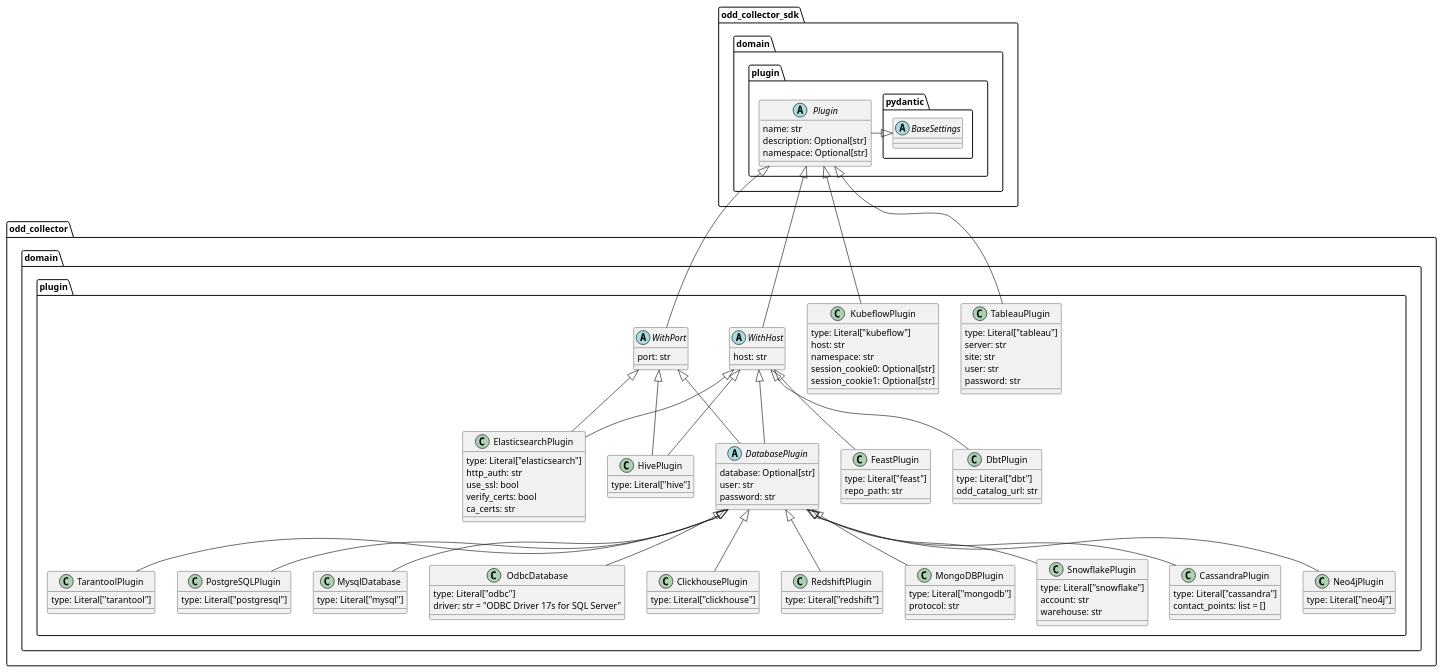
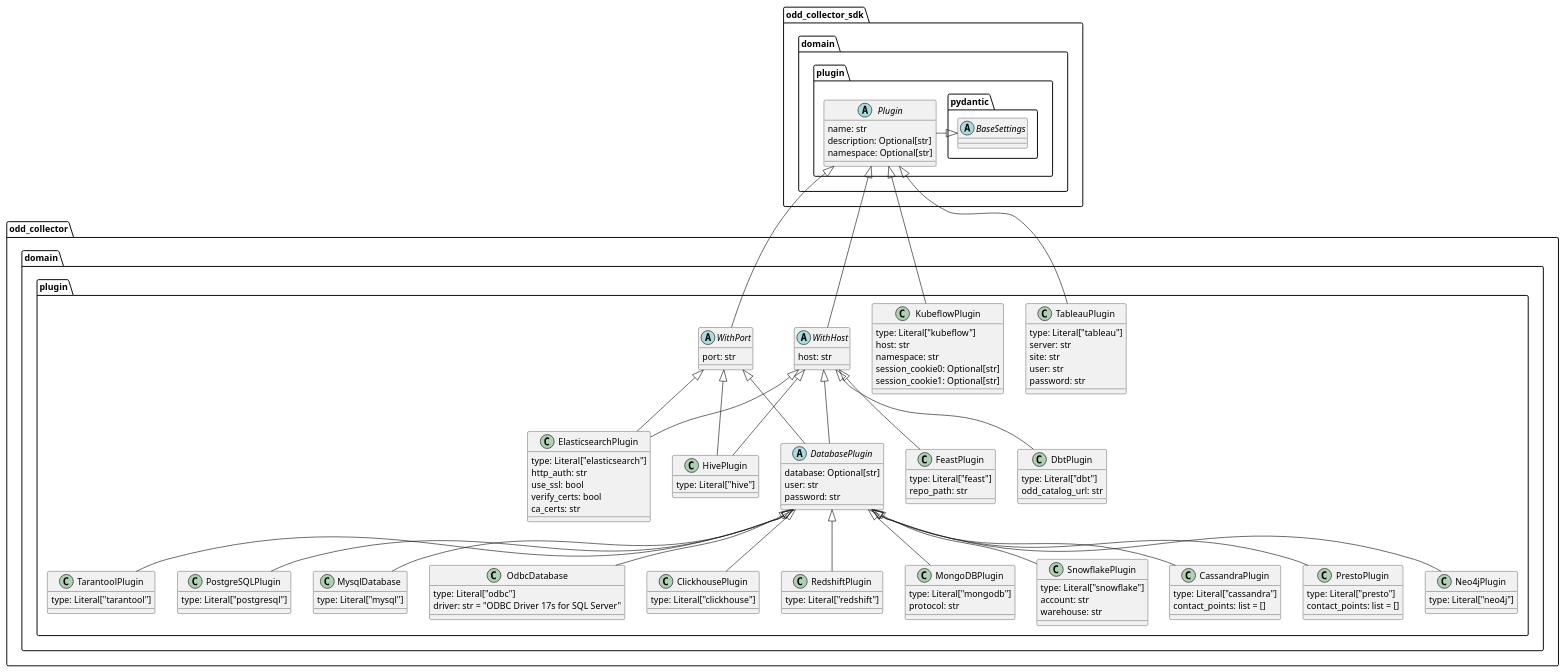
Before and after one commit to opendatadiscovery/odd-collector: the diagram in domain_classes.plantuml, drawn with PlantUML. The commit also changed 2 other files, not shown here.

```diff
--- a/domain_classes.plantuml
+++ b/domain_classes.plantuml
@@ -1,139 +1,145 @@
 @startuml
 
 namespace odd_collector_sdk.domain.plugin {
 abstract class pydantic.BaseSettings
 pydantic.BaseSettings <|- Plugin
 abstract class Plugin {
 name: str
 description: Optional[str]
 namespace: Optional[str]
 }
 }
 
 namespace odd_collector.domain.plugin {
 
 class TableauPlugin{
 type: Literal["tableau"]
 server: str
 site: str
 user: str
 password: str
 }
 odd_collector_sdk.domain.plugin.Plugin <|-- TableauPlugin
 
 class KubeflowPlugin {
 type: Literal["kubeflow"]
 host: str
 namespace: str
 session_cookie0: Optional[str]
 session_cookie1: Optional[str]
 }
 odd_collector_sdk.domain.plugin.Plugin <|-- KubeflowPlugin
 
 abstract class WithHost {
 host: str
 }
 odd_collector_sdk.domain.plugin.Plugin <|-- WithHost
 
 abstract class WithPort {
 port: str
 }
 odd_collector_sdk.domain.plugin.Plugin <|-- WithPort
 
 
 abstract class DatabasePlugin {
 database: Optional[str]
 user: str
 password: str
 }
 WithPort <|-- DatabasePlugin
 WithHost <|-- DatabasePlugin
 
 
 class PostgreSQLPlugin {
 type: Literal["postgresql"]
 }
 DatabasePlugin <|-- PostgreSQLPlugin
 
 class MysqlDatabase {
 type: Literal["mysql"]
 }
 DatabasePlugin <|-- MysqlDatabase
 
 class OdbcDatabase {
 type: Literal["odbc"]
 driver: str = "ODBC Driver 17s for SQL Server"
 }
 DatabasePlugin <|-- OdbcDatabase
 
 class ClickhousePlugin {
 type: Literal["clickhouse"]
 }
 DatabasePlugin <|-- ClickhousePlugin
 
 class RedshiftPlugin {
 type: Literal["redshift"]
 }
 DatabasePlugin <|-- RedshiftPlugin
 
 class MongoDBPlugin{
 type: Literal["mongodb"]
 protocol: str
 }
 DatabasePlugin <|-- MongoDBPlugin
 
 class SnowflakePlugin{
 type: Literal["snowflake"]
 account: str
 warehouse: str
 }
 DatabasePlugin <|-- SnowflakePlugin
 
 class CassandraPlugin{
 type: Literal["cassandra"]
 contact_points: list = []
 }
 DatabasePlugin <|-- CassandraPlugin
 
+class PrestoPlugin{
+type: Literal["presto"]
+contact_points: list = []
+}
+DatabasePlugin <|-- PrestoPlugin
+
 class TarantoolPlugin {
 type: Literal["tarantool"]
 }
 DatabasePlugin <|-- TarantoolPlugin
 
 class Neo4jPlugin{
 type: Literal["neo4j"]
 }
 DatabasePlugin <|-- Neo4jPlugin
 
 
 TarantoolPlugin -[hidden]> PostgreSQLPlugin
 
 class ElasticsearchPlugin{
 type: Literal["elasticsearch"]
 http_auth: str
 use_ssl: bool
 verify_certs: bool
 ca_certs: str
 }
 WithHost <|-- ElasticsearchPlugin
 WithPort <|-- ElasticsearchPlugin
 
 class HivePlugin{
 type: Literal["hive"]
 }
 WithHost <|-- HivePlugin
 WithPort <|-- HivePlugin
 
 class FeastPlugin{
 type: Literal["feast"]
 repo_path: str
 }
 WithHost <|-- FeastPlugin
 
 class DbtPlugin{
 type: Literal["dbt"]
 odd_catalog_url: str
 }
 WithHost <|-- DbtPlugin
 }
 @enduml
```
